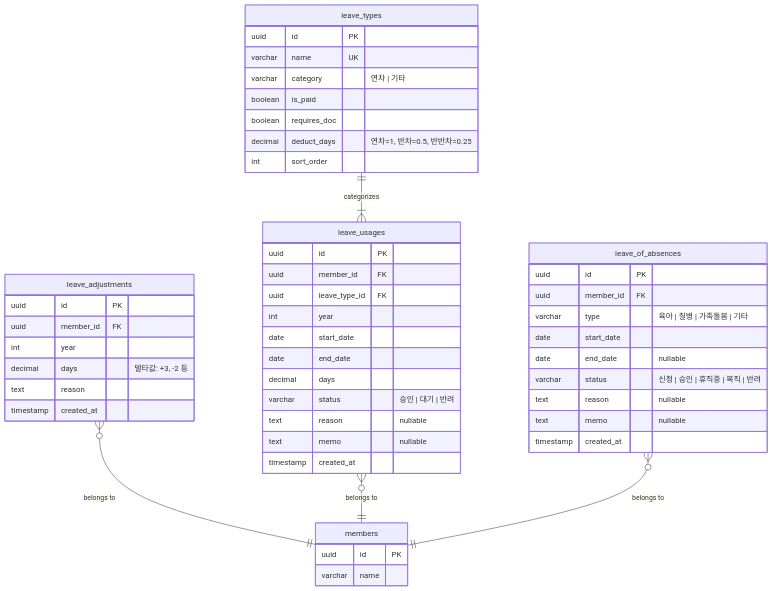
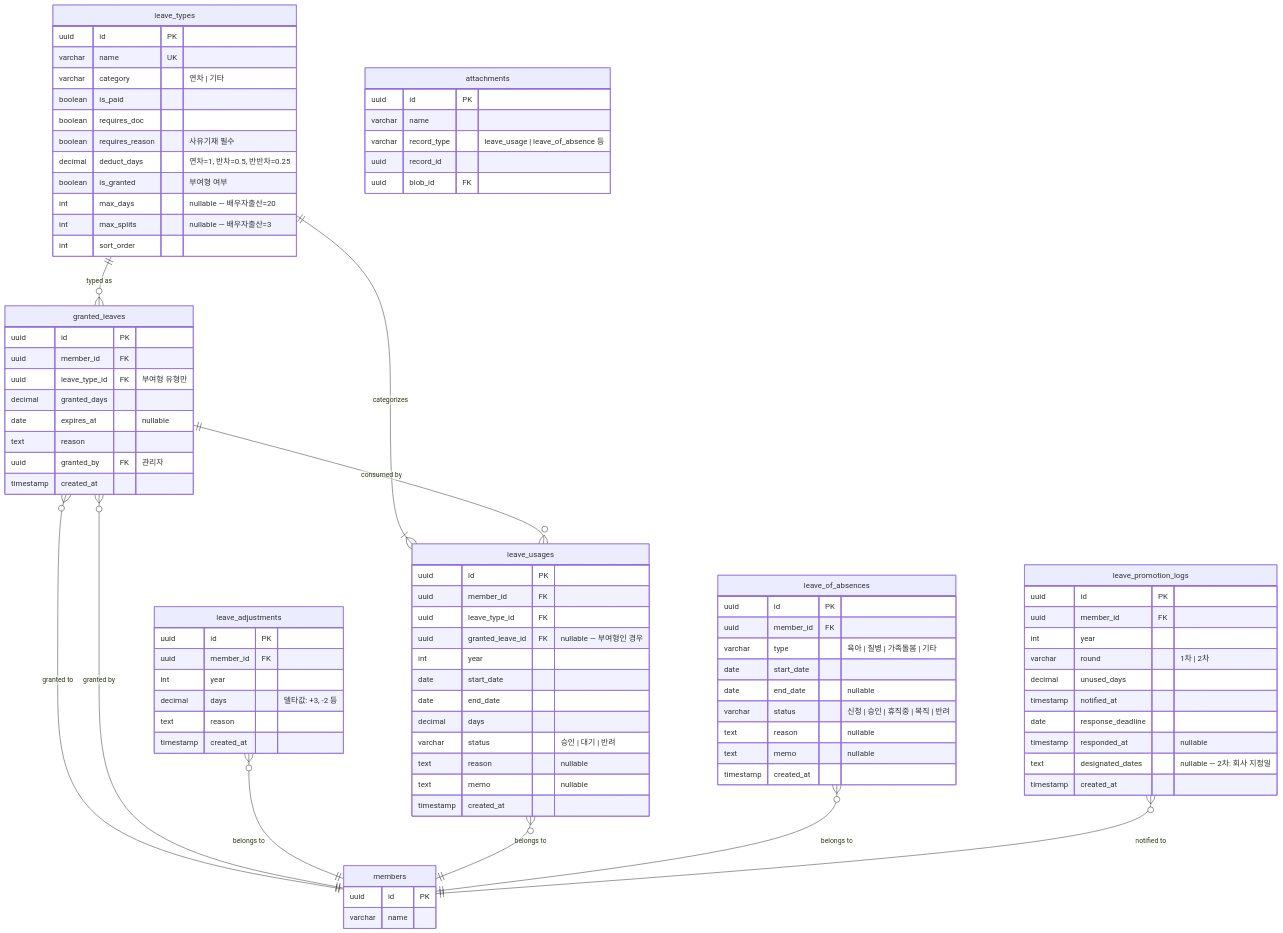
Before and after one commit to pokitwork/knowledge-base: the diagram in leave/references/schema.md, drawn with Mermaid. The commit also changed 10 other files, not shown here.

````diff
--- a/leave/references/schema.md
+++ b/leave/references/schema.md
@@ -13,8 +13,23 @@
         varchar category "연차 | 기타"
         boolean is_paid
         boolean requires_doc
+        boolean requires_reason "사유기재 필수"
         decimal deduct_days "연차=1, 반차=0.5, 반반차=0.25"
+        boolean is_granted "부여형 여부"
+        int max_days "nullable — 배우자출산=20"
+        int max_splits "nullable — 배우자출산=3"
         int sort_order
+    }
+
+    granted_leaves {
+        uuid id PK
+        uuid member_id FK
+        uuid leave_type_id FK "부여형 유형만"
+        decimal granted_days
+        date expires_at "nullable"
+        text reason
+        uuid granted_by FK "관리자"
+        timestamp created_at
     }
 
     leave_adjustments {
@@ -30,6 +45,7 @@
         uuid id PK
         uuid member_id FK
         uuid leave_type_id FK
+        uuid granted_leave_id FK "nullable — 부여형인 경우"
         int year
         date start_date
         date end_date
@@ -52,8 +68,34 @@
         timestamp created_at
     }
 
+    leave_promotion_logs {
+        uuid id PK
+        uuid member_id FK
+        int year
+        varchar round "1차 | 2차"
+        decimal unused_days
+        timestamp notified_at
+        date response_deadline
+        timestamp responded_at "nullable"
+        text designated_dates "nullable — 2차: 회사 지정일"
+        timestamp created_at
+    }
+
+    attachments {
+        uuid id PK
+        varchar name
+        varchar record_type "leave_usage | leave_of_absence 등"
+        uuid record_id
+        uuid blob_id FK
+    }
+
     leave_types ||--|{ leave_usages : "categorizes"
+    leave_types ||--o{ granted_leaves : "typed as"
+    granted_leaves }o--|| members : "granted to"
+    granted_leaves }o--|| members : "granted by"
+    granted_leaves ||--o{ leave_usages : "consumed by"
     leave_adjustments }o--|| members : "belongs to"
     leave_usages }o--|| members : "belongs to"
     leave_of_absences }o--|| members : "belongs to"
+    leave_promotion_logs }o--|| members : "notified to"
 ```
````
